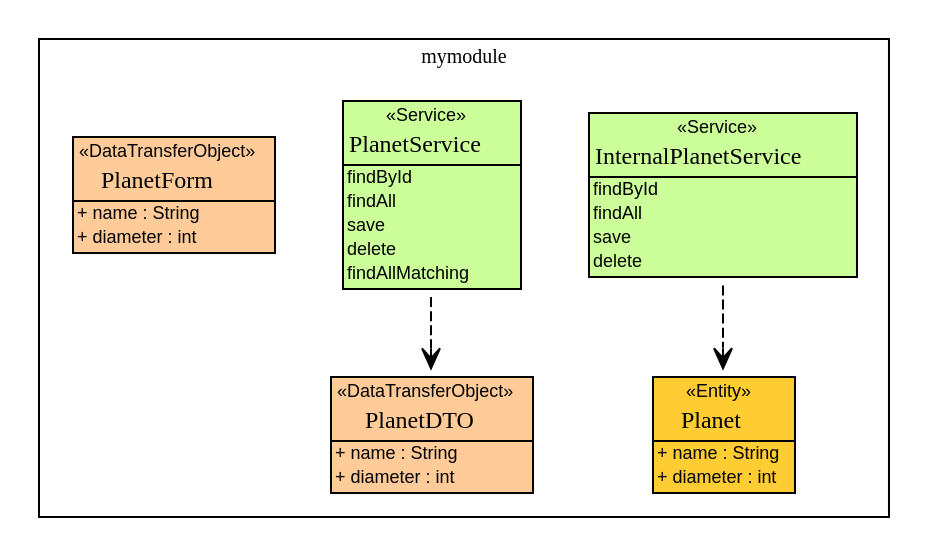
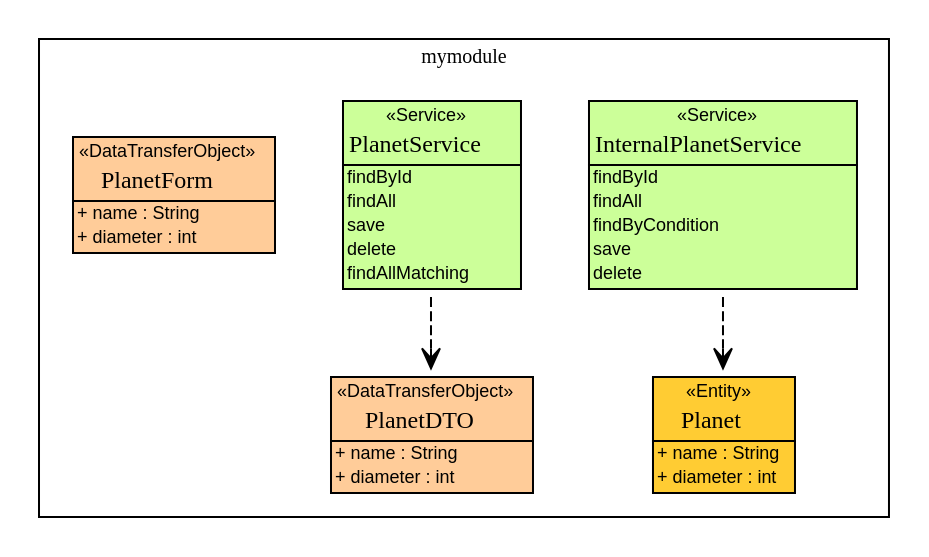
The diagram in src/site/umlgraph.dot (felippe97/helloworld1), drawn with Graphviz before and after one commit.

```diff
--- a/src/site/umlgraph.dot
+++ b/src/site/umlgraph.dot
@@ -1,92 +1,93 @@
 digraph G {
 	fontsize = 10
 	node [
 		fontsize = 10
 		fontname="arial"
 		shape=plaintext
 	]
 
 	edge [
 		fontsize = 10
 	]
 subgraph clustermymodule {
 	label = "mymodule"  
 	InternalPlanetService [label=<<table border="0" cellborder="1" cellspacing="0" cellpadding="0" port="p" bgcolor="#CCFF99" >
 	<tr><td>
 	<table border="0" cellspacing="1" cellpadding="1">
 		<tr><td> &laquo;Service&raquo; </td></tr>
 		<tr><td><font face="arialbd"  point-size="12.0"> InternalPlanetService </font></td></tr>
 	</table></td></tr>
 	<tr><td>
 		<table border="0" cellspacing="0" cellpadding="1">	
 	<tr><td align="left">findById</td></tr>			
 	<tr><td align="left">findAll</td></tr>			
+	<tr><td align="left">findByCondition</td></tr>			
 	<tr><td align="left">save</td></tr>			
 	<tr><td align="left">delete</td></tr>			
 		</table>		
 	</td></tr>
 	</table>>, fontname="arial", fontcolor="black", fontsize=9.0];
 	PlanetService [label=<<table border="0" cellborder="1" cellspacing="0" cellpadding="0" port="p" bgcolor="#CCFF99" >
 	<tr><td>
 	<table border="0" cellspacing="1" cellpadding="1">
 		<tr><td> &laquo;Service&raquo; </td></tr>
 		<tr><td><font face="arialbd"  point-size="12.0"> PlanetService </font></td></tr>
 	</table></td></tr>
 	<tr><td>
 		<table border="0" cellspacing="0" cellpadding="1">	
 	<tr><td align="left">findById</td></tr>			
 	<tr><td align="left">findAll</td></tr>			
 	<tr><td align="left">save</td></tr>			
 	<tr><td align="left">delete</td></tr>			
 	<tr><td align="left">findAllMatching</td></tr>			
 		</table>		
 	</td></tr>
 	</table>>, fontname="arial", fontcolor="black", fontsize=9.0];
 	Planet [label=<<table border="0" cellborder="1" cellspacing="0" cellpadding="0" port="p" bgcolor="#FFCC33">
 	<tr><td>
 	<table border="0" cellspacing="1" cellpadding="1">
 		<tr><td> &laquo;Entity&raquo; </td></tr>
 		<tr><td><font face="arialbd"  point-size="12.0"> Planet </font></td></tr>
 	</table></td></tr>
 	<tr><td>
 		<table border="0" cellspacing="0" cellpadding="1">	
 	<tr><td align="left"> + name : String </td></tr>
 	<tr><td align="left"> + diameter : int </td></tr>
 		</table>		
 	</td></tr>
 	</table>>, fontname="arial", fontcolor="black", fontsize=9.0];
 	PlanetDTO [label=<<table border="0" cellborder="1" cellspacing="0" cellpadding="0" port="p" bgcolor="#FFCC99">
 	<tr><td>
 	<table border="0" cellspacing="1" cellpadding="1">
 		<tr><td> &laquo;DataTransferObject&raquo; </td></tr>
 		<tr><td><font face="arialbd"  point-size="12.0"> PlanetDTO </font></td></tr>
 	</table></td></tr>
 	<tr><td>
 		<table border="0" cellspacing="0" cellpadding="1">	
 	<tr><td align="left"> + name : String </td></tr>
 	<tr><td align="left"> + diameter : int </td></tr>
 		</table>		
 	</td></tr>
 	</table>>, fontname="arial", fontcolor="black", fontsize=9.0];
 	PlanetForm [label=<<table border="0" cellborder="1" cellspacing="0" cellpadding="0" port="p" bgcolor="#FFCC99">
 	<tr><td>
 	<table border="0" cellspacing="1" cellpadding="1">
 		<tr><td> &laquo;DataTransferObject&raquo; </td></tr>
 		<tr><td><font face="arialbd"  point-size="12.0"> PlanetForm </font></td></tr>
 	</table></td></tr>
 	<tr><td>
 		<table border="0" cellspacing="0" cellpadding="1">	
 	<tr><td align="left"> + name : String </td></tr>
 	<tr><td align="left"> + diameter : int </td></tr>
 		</table>		
 	</td></tr>
 	</table>>, fontname="arial", fontcolor="black", fontsize=9.0];
 }
 edge [arrowhead = "empty"]
 edge [arrowhead = "none"]
 
 edge [arrowtail="none" arrowhead = "open" headlabel = "" taillabel = "" style = "dashed"]
 PlanetService -> PlanetDTO
 edge [arrowtail="none" arrowhead = "open" headlabel = "" taillabel = "" style = "dashed"]
 InternalPlanetService -> Planet
 }
```
